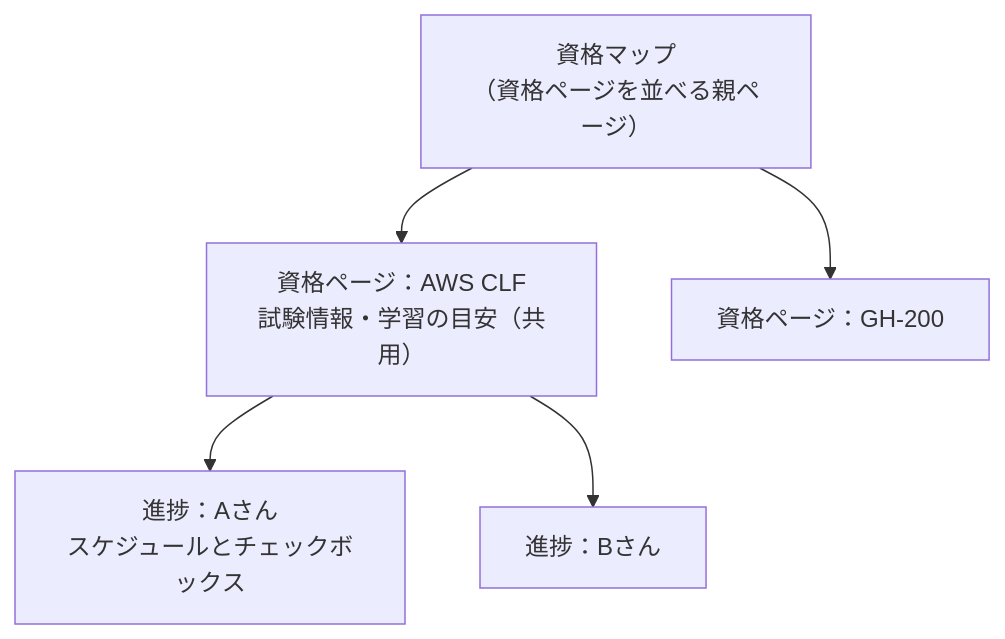
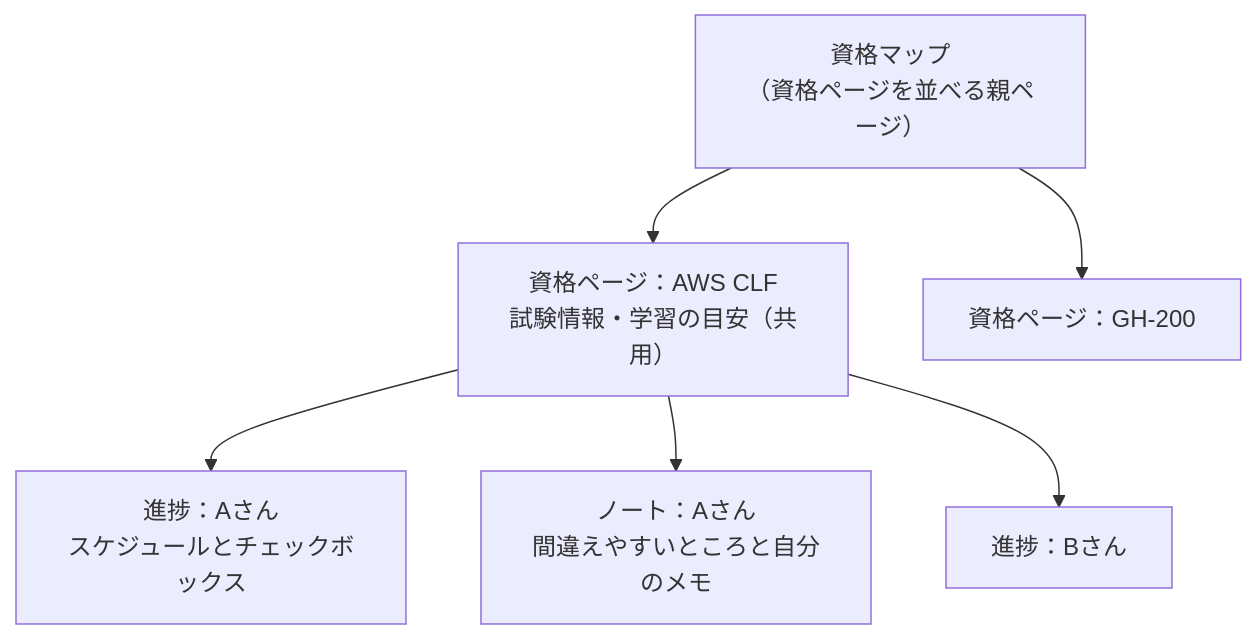
One commit to mochico50/study-plugins changed the second of 2 diagrams in plugins/shikaku/README.md. Above: the diagram before and after it, drawn with Mermaid. The commit also changed other lines of this file and 3 other files, not shown here.

````diff
--- a/plugins/shikaku/README.md
+++ b/plugins/shikaku/README.md
@@ -30,7 +30,8 @@
 ```mermaid
 flowchart TD
     M["資格マップ<br>（資格ページを並べる親ページ）"] --> P1["資格ページ：AWS CLF<br>試験情報・学習の目安（共用）"]
     M --> P2["資格ページ：GH-200"]
     P1 --> S1["進捗：Aさん<br>スケジュールとチェックボックス"]
+    P1 --> N1["ノート：Aさん<br>間違えやすいところと自分のメモ"]
     P1 --> S2["進捗：Bさん"]
 ```
````
